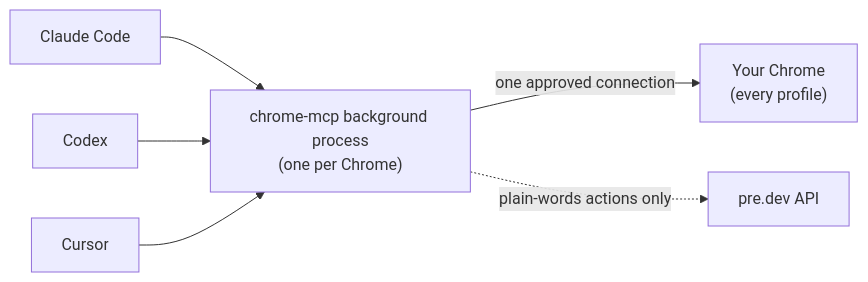
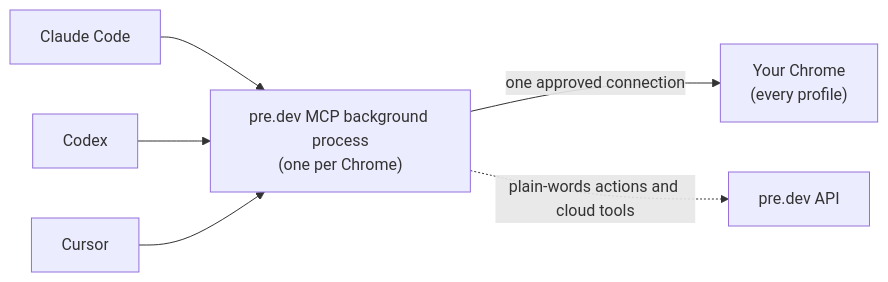
Before and after one commit to predotdev/mcp: the diagram in README.md, drawn with Mermaid. The commit also changed other lines of this file and 5 other files, not shown here.

First line of the commit message:
pre.dev MCP 2.0.0: Browser Agents Local plus every pre.dev tool in one server

````diff
--- a/README.md
+++ b/README.md
@@ -278,8 +294,8 @@
 ```mermaid
 flowchart LR
   A["Claude Code"] --> D
   B["Codex"] --> D
   C["Cursor"] --> D
-  D["chrome-mcp background process<br/>(one per Chrome)"] -- "one approved connection" --> E["Your Chrome<br/>(every profile)"]
-  D -. "plain-words actions only" .-> F["pre.dev API"]
+  D["pre.dev MCP background process<br/>(one per Chrome)"] -- "one approved connection" --> E["Your Chrome<br/>(every profile)"]
+  D -. "plain-words actions and cloud tools" .-> F["pre.dev API"]
 ```
````
